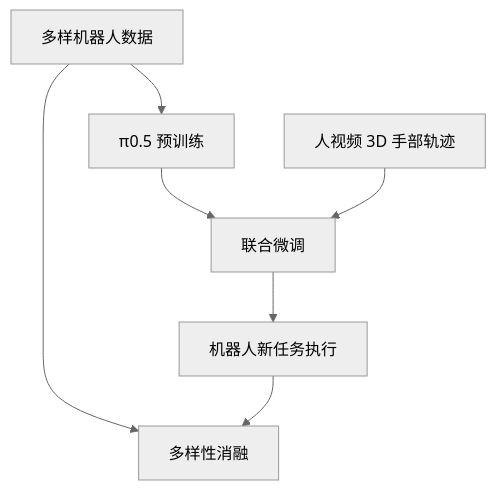
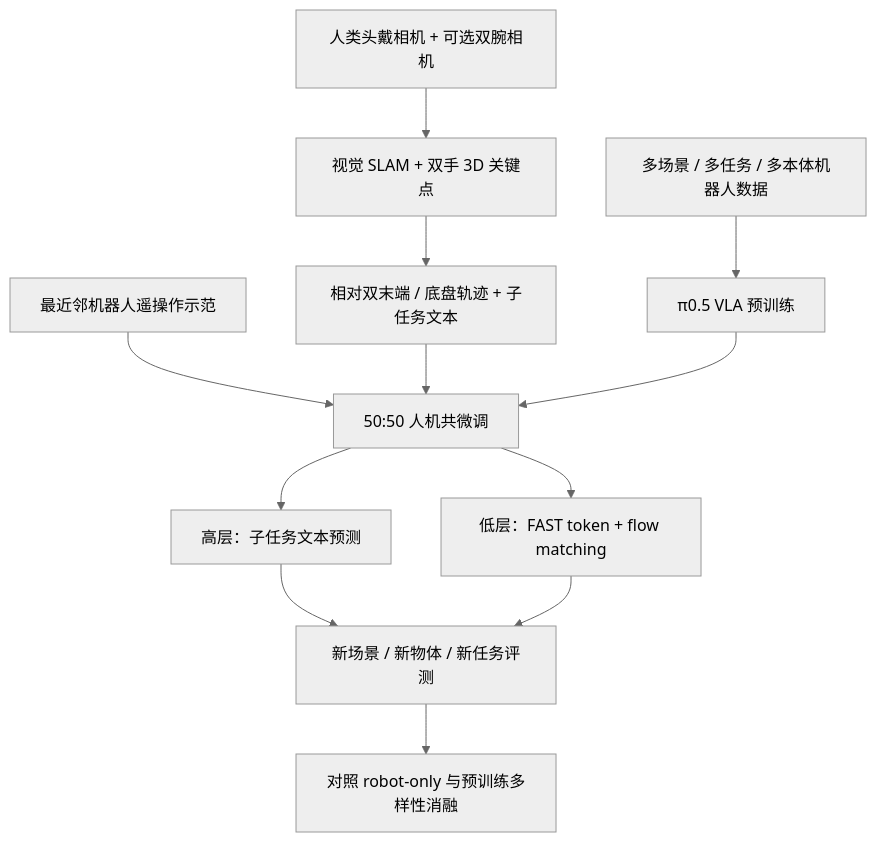
The diagram in wiki/entities/paper-pi-human-to-robot.md (ImChong/Robotics_Notebooks), drawn with Mermaid (neutral theme) before and after one commit. The commit also changed other lines of this file and 4 other files, not shown here.

````diff
--- a/wiki/entities/paper-pi-human-to-robot.md
+++ b/wiki/entities/paper-pi-human-to-robot.md
@@ -45,15 +47,14 @@
 ```mermaid
 flowchart TD
-    N0["多样机器人数据"]
-    N1["π0.5 预训练"]
-    N2["人视频 3D 手部轨迹"]
-    N3["联合微调"]
-    N4["机器人新任务执行"]
-    N5["多样性消融"]
-    N0 --> N1
-    N1 --> N3
-    N2 --> N3
-    N3 --> N4
-    N0 --> N5
-    N4 --> N5
+    A["多场景 / 多任务 / 多本体机器人数据"] --> B["π0.5 VLA 预训练"]
+    C["人类头戴相机 + 可选双腕相机"] --> D["视觉 SLAM + 双手 3D 关键点"]
+    D --> E["相对双末端 / 底盘轨迹 + 子任务文本"]
+    F["最近邻机器人遥操作示范"] --> G["50:50 人机共微调"]
+    E --> G
+    B --> G
+    G --> H["高层：子任务文本预测"]
+    G --> I["低层：FAST token + flow matching"]
+    H --> J["新场景 / 新物体 / 新任务评测"]
+    I --> J
+    J --> K["对照 robot-only 与预训练多样性消融"]
 ```
````
